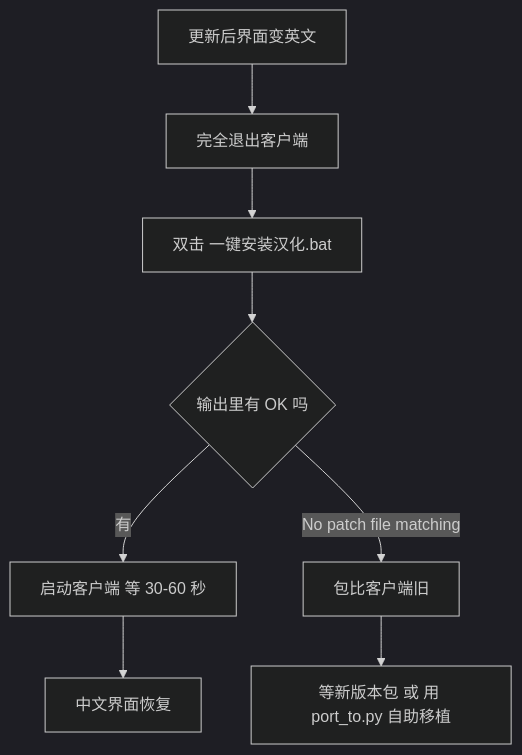
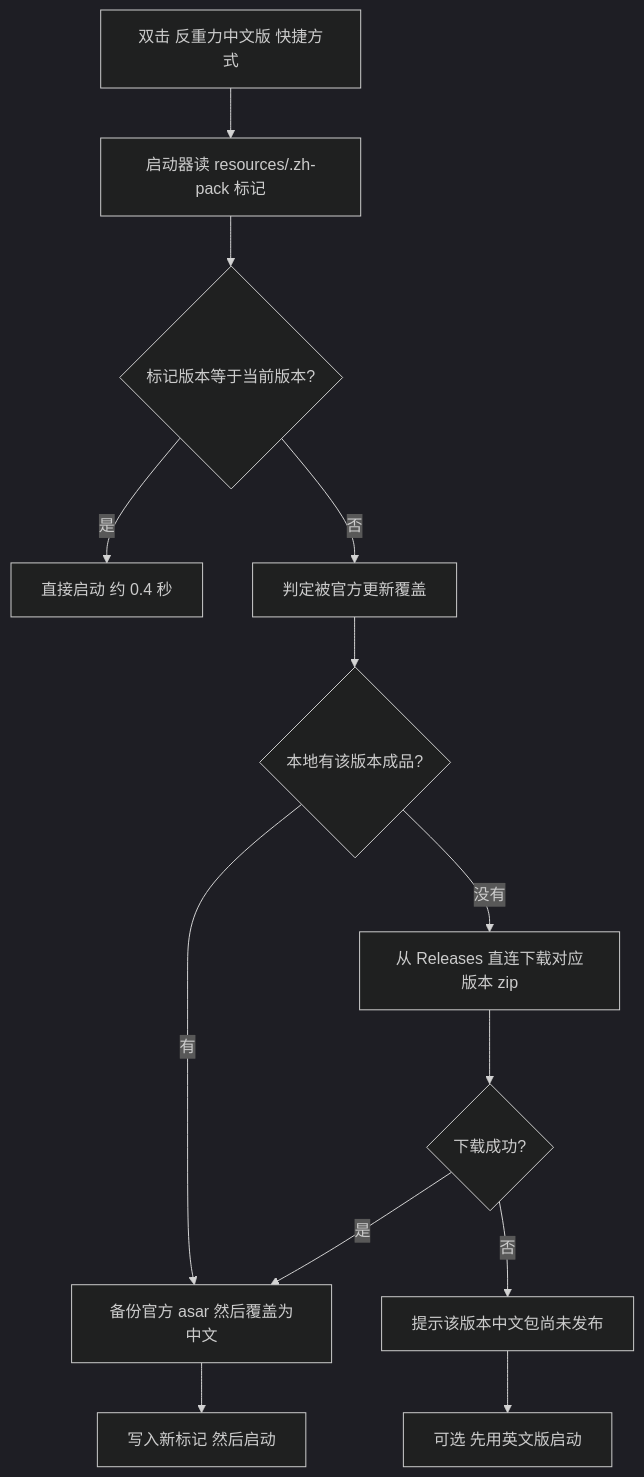
One commit to bslnssb/antigravity-chinese-pack changed the diagram in README.md. Above: the diagram before and after it, drawn with Mermaid (dark theme). The commit also changed other lines of this file and 9 other files, not shown here.

````diff
--- a/README.md
+++ b/README.md
@@ -57,10 +64,15 @@
 ```mermaid
 flowchart TD
-    A[更新后界面变英文] --> B[完全退出客户端]
-    B --> C[双击 一键安装汉化.bat]
-    C --> D{输出里有 OK 吗}
-    D -->|有| E[启动客户端 等 30-60 秒]
-    E --> F[中文界面恢复]
-    D -->|No patch file matching| G[包比客户端旧]
-    G --> H[等新版本包 或 用 port_to.py 自助移植]
+    A[双击 反重力中文版 快捷方式] --> B[启动器读 resources/.zh-pack 标记]
+    B --> C{标记版本等于当前版本?}
+    C -->|是| D[直接启动 约 0.4 秒]
+    C -->|否| E[判定被官方更新覆盖]
+    E --> F{本地有该版本成品?}
+    F -->|有| G[备份官方 asar 然后覆盖为中文]
+    F -->|没有| H[从 Releases 直连下载对应版本 zip]
+    H --> I{下载成功?}
+    I -->|是| G
+    I -->|否| J[提示该版本中文包尚未发布]
+    J --> K[可选 先用英文版启动]
+    G --> L[写入新标记 然后启动]
 ```
````
